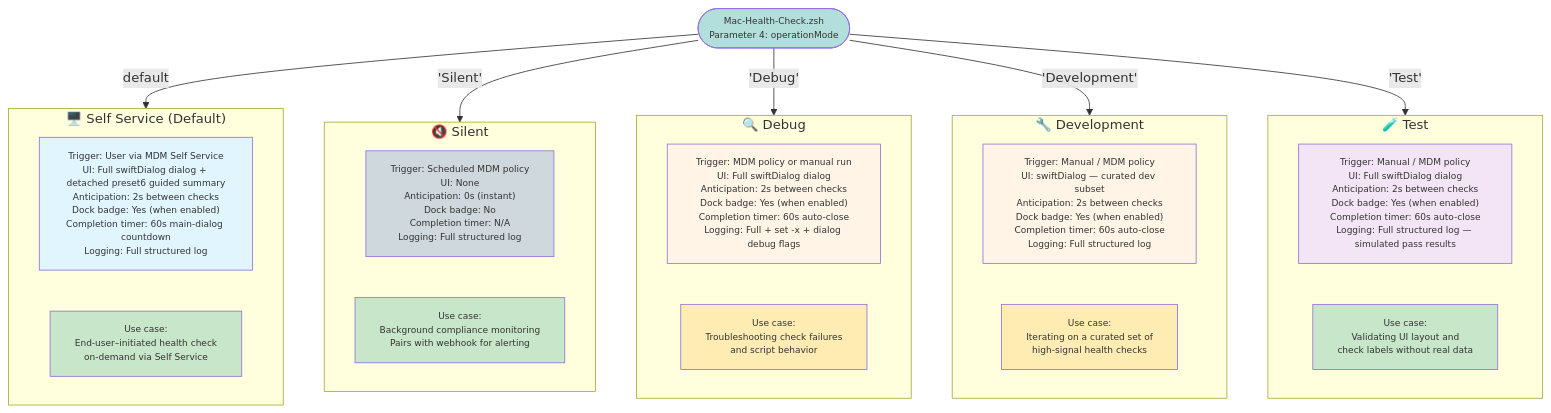
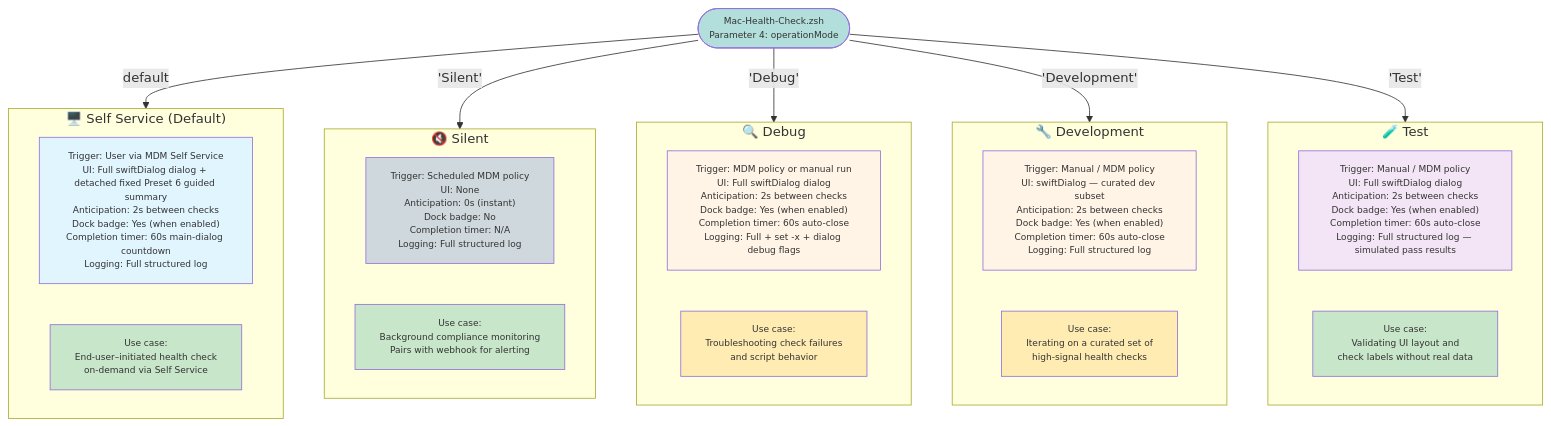
One commit to HowardGMac/Mac-Health-Check changed the diagram in Diagrams/05-operation-modes.md. Above: the diagram before and after it, drawn with Mermaid. The commit also changed other lines of this file and 9 other files, not shown here.

````diff
--- a/Diagrams/05-operation-modes.md
+++ b/Diagrams/05-operation-modes.md
@@ -5,54 +5,54 @@
 ```mermaid
 graph TB
     ENTRY(["Mac-Health-Check.zsh<br>Parameter 4: operationMode"])
 
     subgraph SelfService["🖥️ Self Service (Default)"]
-        SS_DESC["Trigger: User via MDM Self Service<br>UI: Full swiftDialog dialog + detached preset6 guided summary<br>Anticipation: 2s between checks<br>Dock badge: Yes (when enabled)<br>Completion timer: 60s main-dialog countdown<br>Logging: Full structured log"]
+        SS_DESC["Trigger: User via MDM Self Service<br>UI: Full swiftDialog dialog + detached fixed Preset 6 guided summary<br>Anticipation: 2s between checks<br>Dock badge: Yes (when enabled)<br>Completion timer: 60s main-dialog countdown<br>Logging: Full structured log"]
         SS_USE["Use case:<br>End-user–initiated health check<br>on-demand via Self Service"]
 
         style SS_DESC fill:#e1f5ff
         style SS_USE fill:#c8e6c9
     end
 
     subgraph Silent["🔇 Silent"]
         SL_DESC["Trigger: Scheduled MDM policy<br>UI: None<br>Anticipation: 0s (instant)<br>Dock badge: No<br>Completion timer: N/A<br>Logging: Full structured log"]
         SL_USE["Use case:<br>Background compliance monitoring<br>Pairs with webhook for alerting"]
 
         style SL_DESC fill:#cfd8dc
         style SL_USE fill:#c8e6c9
     end
 
     subgraph Debug["🔍 Debug"]
         DB_DESC["Trigger: MDM policy or manual run<br>UI: Full swiftDialog dialog<br>Anticipation: 2s between checks<br>Dock badge: Yes (when enabled)<br>Completion timer: 60s auto-close<br>Logging: Full + set -x + dialog debug flags"]
         DB_USE["Use case:<br>Troubleshooting check failures<br>and script behavior"]
 
         style DB_DESC fill:#fff4e6
         style DB_USE fill:#ffecb3
     end
 
     subgraph Development["🔧 Development"]
         DV_DESC["Trigger: Manual / MDM policy<br>UI: swiftDialog — curated dev subset<br>Anticipation: 2s between checks<br>Dock badge: Yes (when enabled)<br>Completion timer: 60s auto-close<br>Logging: Full structured log"]
         DV_USE["Use case:<br>Iterating on a curated set of<br>high-signal health checks"]
 
         style DV_DESC fill:#fff4e6
         style DV_USE fill:#ffecb3
     end
 
     subgraph Test["🧪 Test"]
         TS_DESC["Trigger: Manual / MDM policy<br>UI: Full swiftDialog dialog<br>Anticipation: 2s between checks<br>Dock badge: Yes (when enabled)<br>Completion timer: 60s auto-close<br>Logging: Full structured log — simulated pass results"]
         TS_USE["Use case:<br>Validating UI layout and<br>check labels without real data"]
 
         style TS_DESC fill:#f3e5f5
         style TS_USE fill:#c8e6c9
     end
 
     ENTRY -->|default| SelfService
     ENTRY -->|"'Silent'"| Silent
     ENTRY -->|"'Debug'"| Debug
     ENTRY -->|"'Development'"| Development
     ENTRY -->|"'Test'"| Test
 
     style ENTRY fill:#b2dfdb
 
     classDef default font-size:11px
 ```
````
